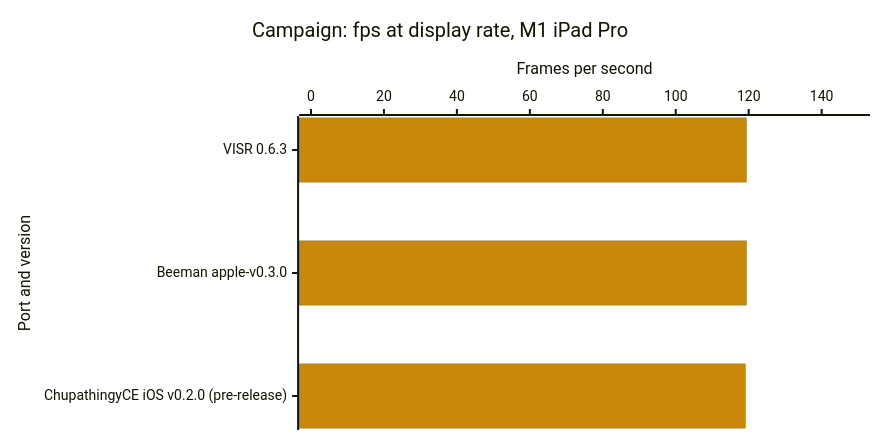
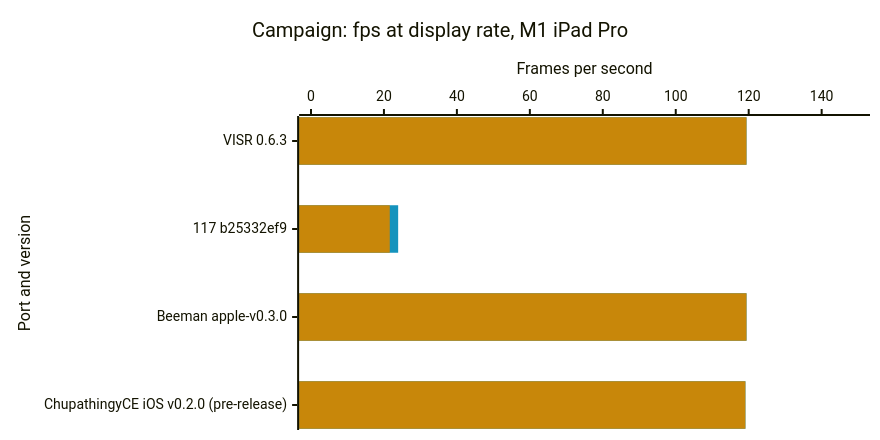
Before and after one commit to steverice/visr: the second of 6 diagrams in docs/benchmarks.md, drawn with Mermaid. The commit also changed other lines of this file and 3 other files, not shown here.

````diff
--- a/docs/benchmarks.md
+++ b/docs/benchmarks.md
@@ -48,17 +48,17 @@
 ```mermaid
 ---
 config:
   xyChart:
     width: 860
     height: 420
   themeVariables:
     xyChart:
       plotColorPalette: "#1593bd, #c8870a"
 ---
 xychart-beta horizontal
     title "Campaign: fps at display rate, M1 iPad Pro"
-    x-axis "Port and version" ["VISR 0.6.3", "Beeman apple-v0.3.0", "ChupathingyCE iOS v0.2.0 (pre-release)"]
+    x-axis "Port and version" ["VISR 0.6.3", "117 b25332ef9", "Beeman apple-v0.3.0", "ChupathingyCE iOS v0.2.0 (pre-release)"]
     y-axis "Frames per second" 0 --> 150
-    bar [119.4, 119.4, 119.1]
-    bar [119.4, 119.4, 119.1]
+    bar [119.4, 23.9, 119.4, 119.1]
+    bar [119.4, 21.6, 119.4, 119.1]
 ```
````
